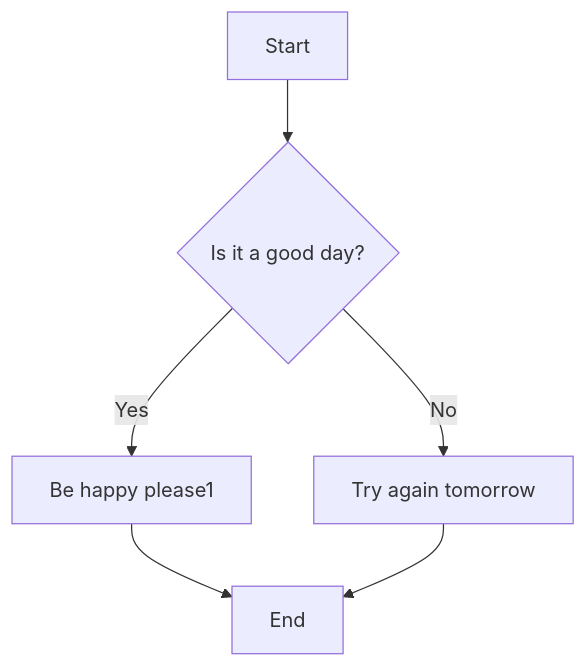
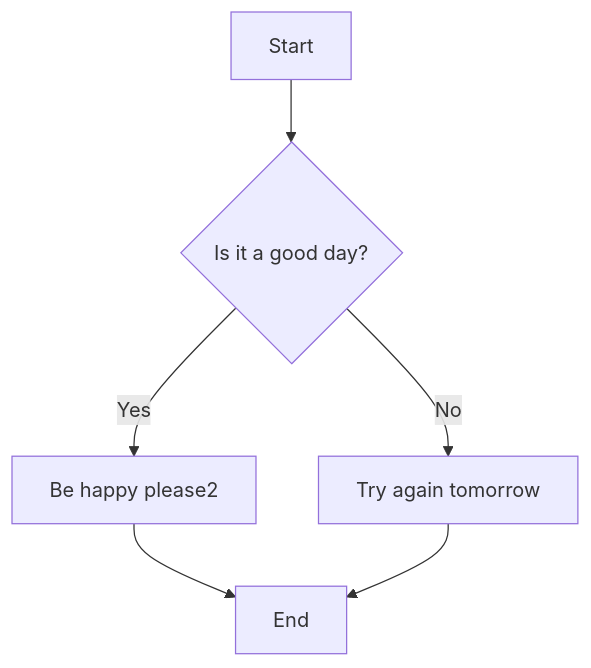
One commit to hareeshgundam33/DocAsACodeSample changed the diagram in docs/Sub-Folder1/Document-1.md. Above: the diagram before and after it, drawn with Mermaid. The commit also changed 1 other file, not shown here.

Commit message:
Initial commit (update 12)

````diff
--- a/docs/Sub-Folder1/Document-1.md
+++ b/docs/Sub-Folder1/Document-1.md
@@ -1,8 +1,8 @@
 ```mermaid
 graph TD
     A[Start] --> B{Is it a good day?};
-    B -- Yes --> C[Be happy please1];
+    B -- Yes --> C[Be happy please2];
     B -- No --> D[Try again tomorrow];
     C --> E[End];
     D --> E;
 ```
````
